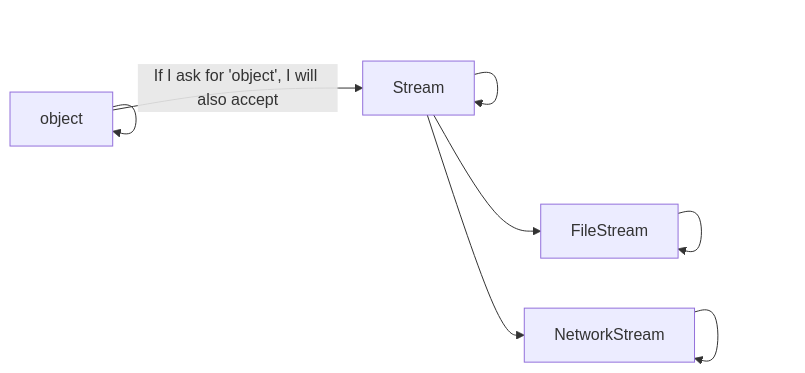
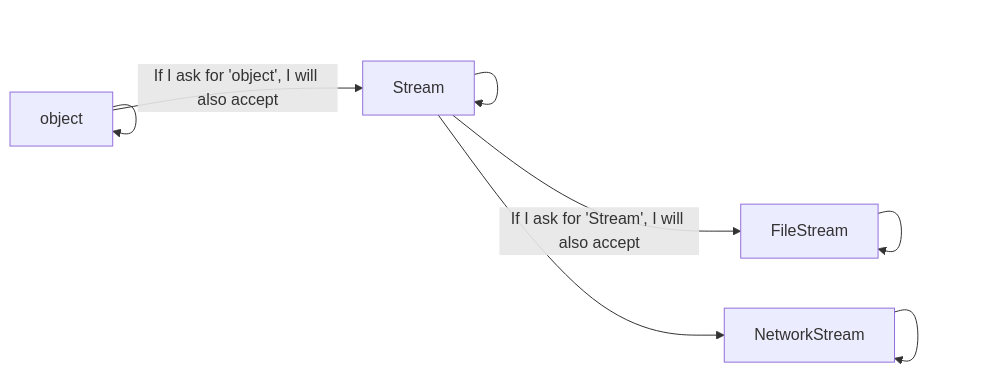
One commit to steveblomeley/variance changed the second of 3 diagrams in Diagrams.md. Above: the diagram before and after it, drawn with Mermaid. The commit also changed other lines of this file, not shown here.

````diff
--- a/Diagrams.md
+++ b/Diagrams.md
@@ -35,13 +35,13 @@
 ```mermaid
 graph LR
     %% define relationship with self for each class
     O[object] --> O[object]
     S[Stream] --> S[Stream]
     NS[NetworkStream] --> NS[NetworkStream]
     FS[FileStream]    --> FS[FileStream]
     
     %% define "normal" (covariant) relationships between classes
     O -- If I ask for 'object', I will also accept --> S
-    S --> FS
+    S -- If I ask for 'Stream', I will also accept --> FS
     S --> NS
 ```
````
